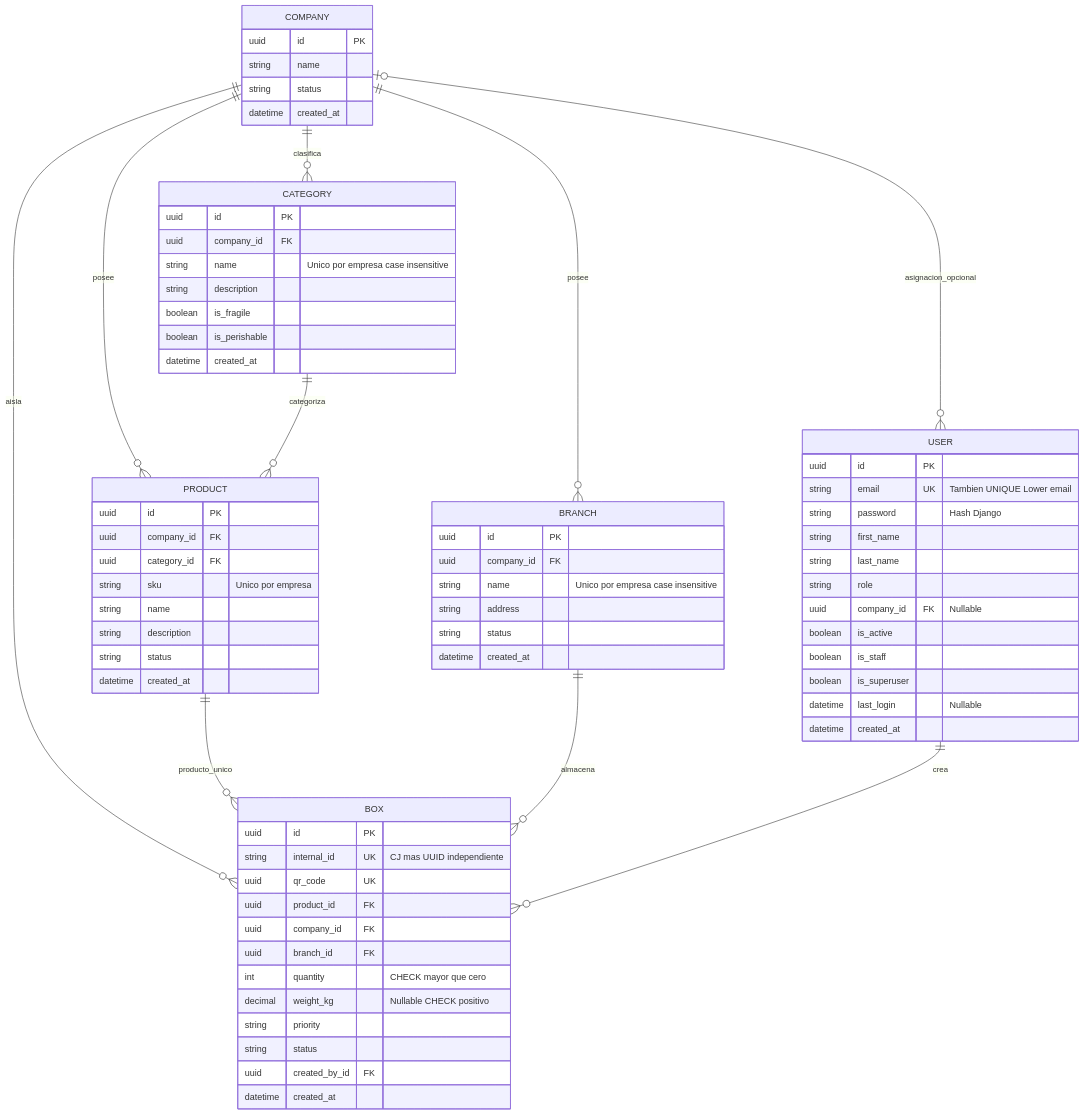
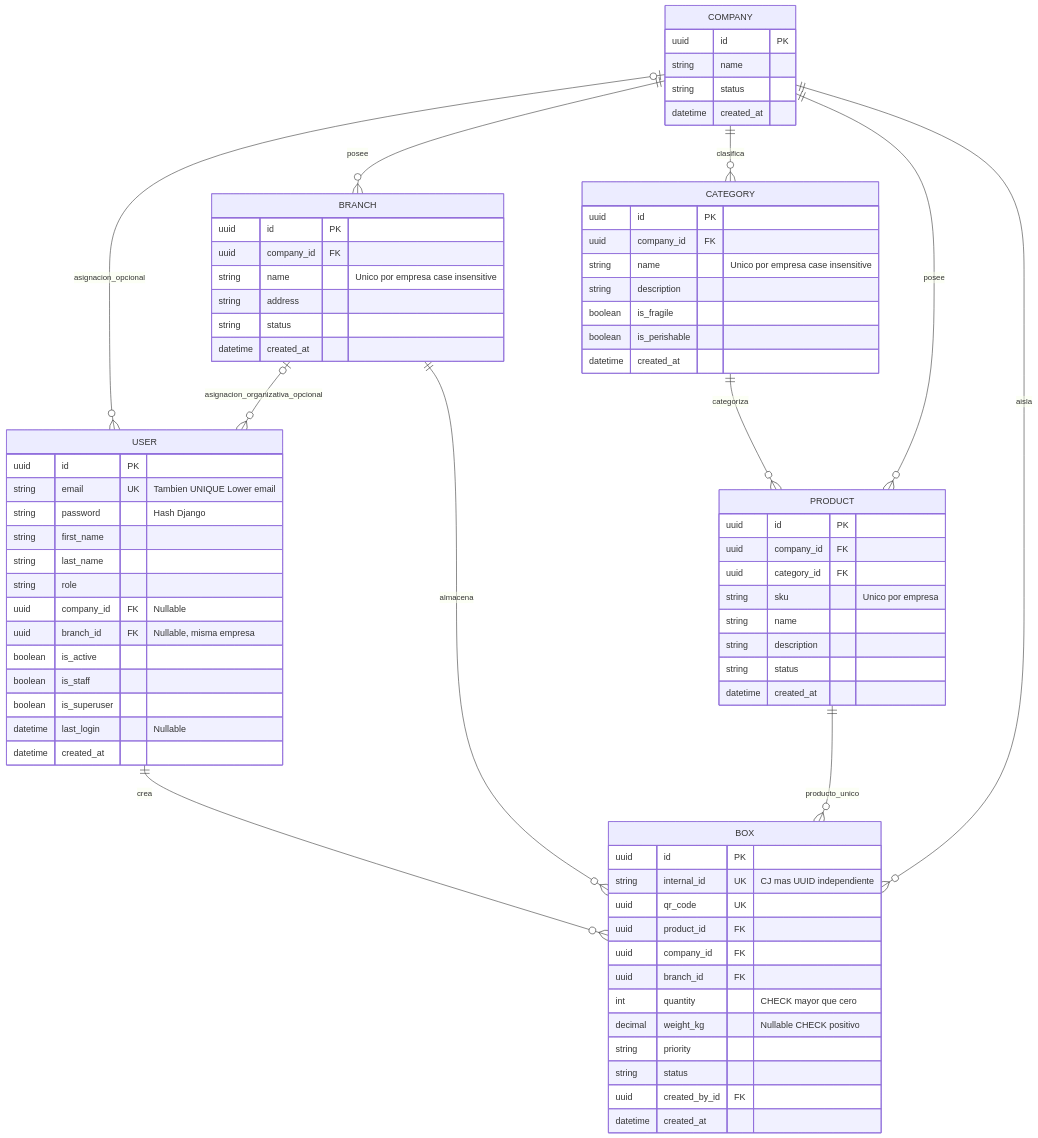
One commit to anthonyarana-debug/logistech-2.0 changed the diagram in docs/MODELO_DATOS.mmd. Above: the diagram before and after it, drawn with Mermaid. The commit also changed 36 other files, not shown here.

Commit message:
docs(f6): record verified administration block and cloud roadmap

```diff
--- a/docs/MODELO_DATOS.mmd
+++ b/docs/MODELO_DATOS.mmd
@@ -1,74 +1,76 @@
-%% Esquema de negocio implementado en F2 y contrastado con 0001_initial.
+%% Esquema de negocio actualizado en F6: 0001 conservadas y User.branch agregado en 0002.
 %% Se omiten tablas de framework (Django auth, sesiones, Admin y blacklist); ver BASE_DE_DATOS.md.
 %% UNIQUE por empresa y CHECK se detallan en modelos/migraciones/documentación.
 erDiagram
     COMPANY o|--o{ USER : asignacion_opcional
+    BRANCH o|--o{ USER : asignacion_organizativa_opcional
     COMPANY ||--o{ BRANCH : posee
     COMPANY ||--o{ CATEGORY : clasifica
     COMPANY ||--o{ PRODUCT : posee
     COMPANY ||--o{ BOX : aisla
     CATEGORY ||--o{ PRODUCT : categoriza
     PRODUCT ||--o{ BOX : producto_unico
     BRANCH ||--o{ BOX : almacena
     USER ||--o{ BOX : crea
     COMPANY {
         uuid id PK
         string name
         string status
         datetime created_at
     }
     USER {
         uuid id PK
         string email UK "Tambien UNIQUE Lower email"
         string password "Hash Django"
         string first_name
         string last_name
         string role
         uuid company_id FK "Nullable"
+        uuid branch_id FK "Nullable, misma empresa"
         boolean is_active
         boolean is_staff
         boolean is_superuser
         datetime last_login "Nullable"
         datetime created_at
     }
     BRANCH {
         uuid id PK
         uuid company_id FK
         string name "Unico por empresa case insensitive"
         string address
         string status
         datetime created_at
     }
     CATEGORY {
         uuid id PK
         uuid company_id FK
         string name "Unico por empresa case insensitive"
         string description
         boolean is_fragile
         boolean is_perishable
         datetime created_at
     }
     PRODUCT {
         uuid id PK
         uuid company_id FK
         uuid category_id FK
         string sku "Unico por empresa"
         string name
         string description
         string status
         datetime created_at
     }
     BOX {
         uuid id PK
         string internal_id UK "CJ mas UUID independiente"
         uuid qr_code UK
         uuid product_id FK
         uuid company_id FK
         uuid branch_id FK
         int quantity "CHECK mayor que cero"
         decimal weight_kg "Nullable CHECK positivo"
         string priority
         string status
         uuid created_by_id FK
         datetime created_at
     }
```
